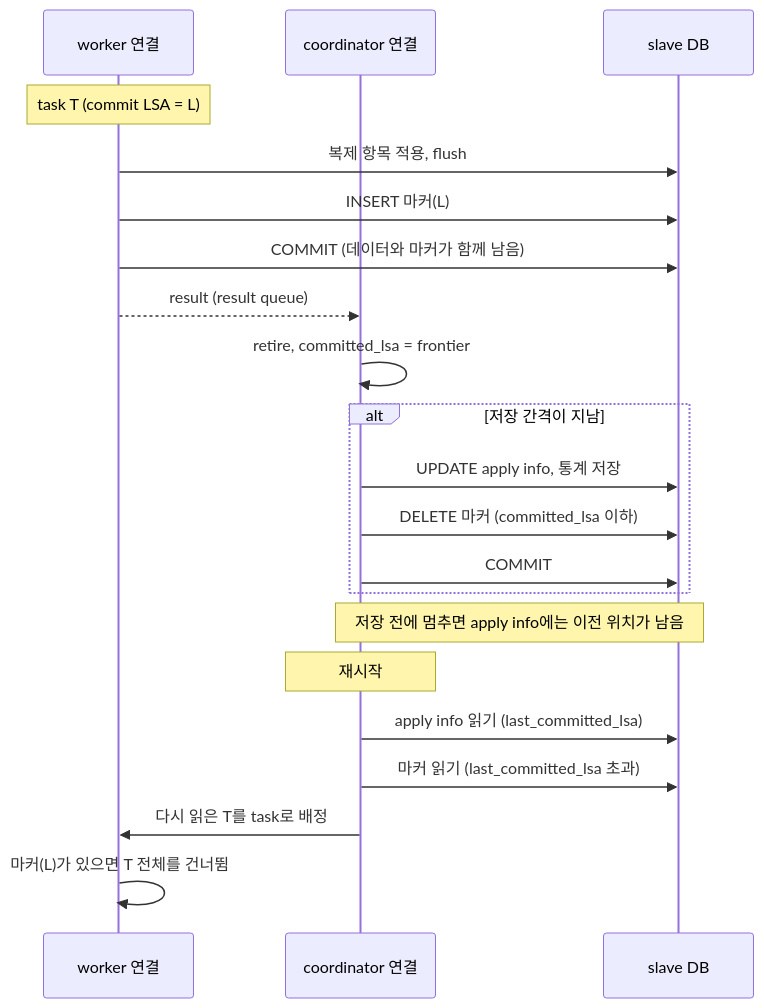
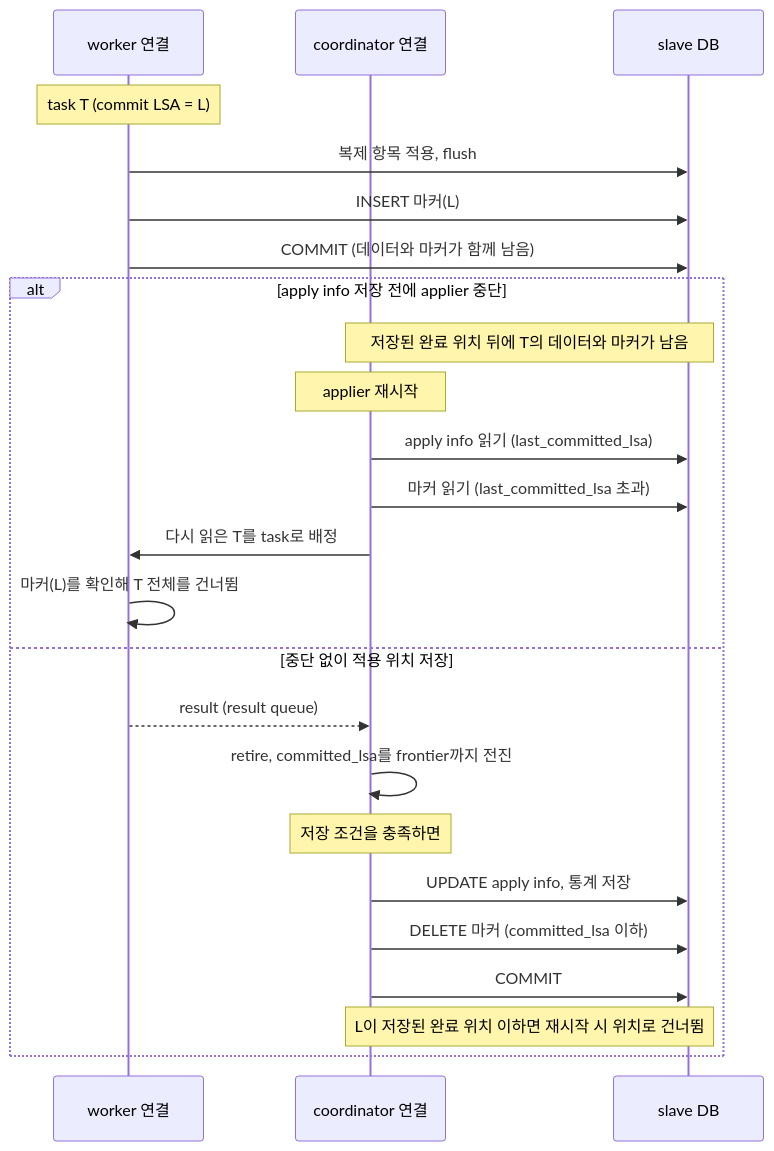
The seventh of 8 diagrams in writeset-design/_impl/02-slave-implementation-design.md (youngjun9072/Workspace), drawn with Mermaid before and after one commit. The commit also changed other lines of this file and 61 other files, not shown here.

````diff
--- a/writeset-design/_impl/02-slave-implementation-design.md
+++ b/writeset-design/_impl/02-slave-implementation-design.md
@@ -2121,23 +2209,26 @@
 ```mermaid
 sequenceDiagram
   participant W as worker 연결
   participant C as coordinator 연결
   participant DB as slave DB
   Note over W: task T (commit LSA = L)
   W->>DB: 복제 항목 적용, flush
   W->>DB: INSERT 마커(L)
   W->>DB: COMMIT (데이터와 마커가 함께 남음)
-  W-->>C: result (result queue)
-  C->>C: retire, committed_lsa = frontier
-  alt 저장 간격이 지남
+  alt apply info 저장 전에 applier 중단
+    Note over C,DB: 저장된 완료 위치 뒤에 T의 데이터와 마커가 남음
+    Note over C: applier 재시작
+    C->>DB: apply info 읽기 (last_committed_lsa)
+    C->>DB: 마커 읽기 (last_committed_lsa 초과)
+    C->>W: 다시 읽은 T를 task로 배정
+    W->>W: 마커(L)를 확인해 T 전체를 건너뜀
+  else 중단 없이 적용 위치 저장
+    W-->>C: result (result queue)
+    C->>C: retire, committed_lsa를 frontier까지 전진
+    Note over C: 저장 조건을 충족하면
     C->>DB: UPDATE apply info, 통계 저장
     C->>DB: DELETE 마커 (committed_lsa 이하)
     C->>DB: COMMIT
+    Note over C,DB: L이 저장된 완료 위치 이하면 재시작 시 위치로 건너뜀
   end
-  Note over C,DB: 저장 전에 멈추면 apply info에는 이전 위치가 남음
-  Note over C: 재시작
-  C->>DB: apply info 읽기 (last_committed_lsa)
-  C->>DB: 마커 읽기 (last_committed_lsa 초과)
-  C->>W: 다시 읽은 T를 task로 배정
-  W->>W: 마커(L)가 있으면 T 전체를 건너뜀
 ```
````
